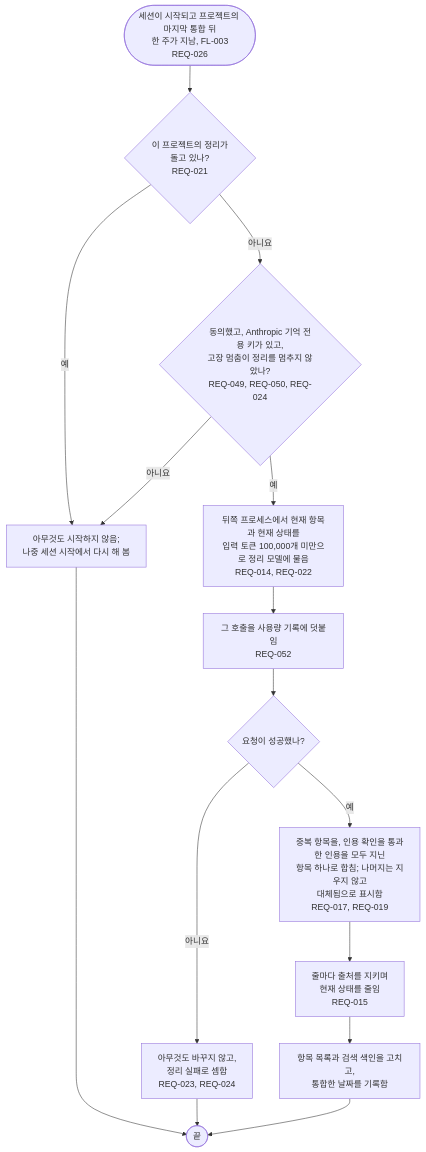
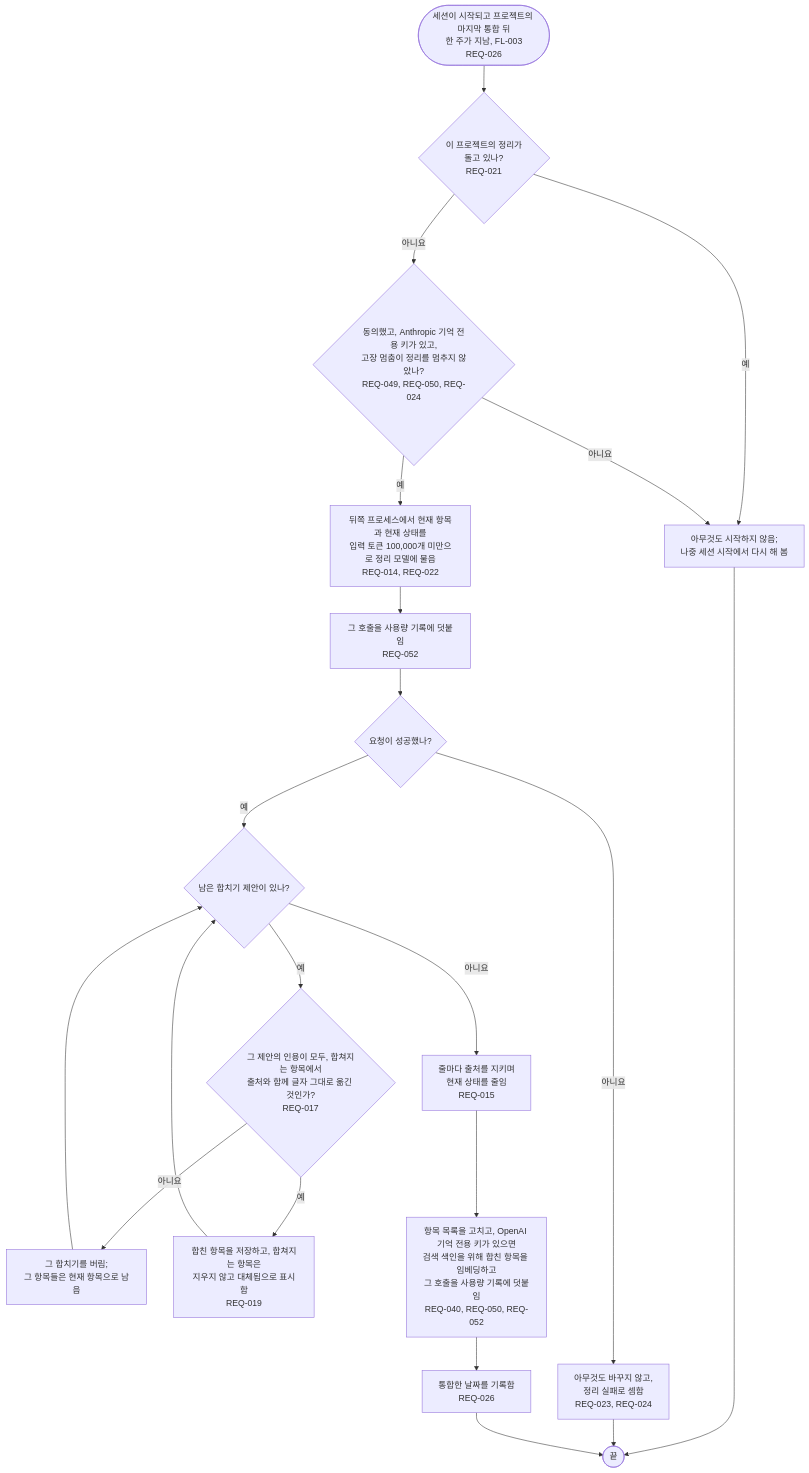
One commit to kodonghui/corthex changed the diagram in docs/03-user-flow/memory/FL-006-consolidate-a-project.ko.md. Above: the diagram before and after it, drawn with Mermaid. The commit also changed other lines of this file and 11 other files, not shown here.

First line of the commit message:
docs: log embedding calls and keep checked quotes in the memory flows

````diff
--- a/docs/03-user-flow/memory/FL-006-consolidate-a-project.ko.md
+++ b/docs/03-user-flow/memory/FL-006-consolidate-a-project.ko.md
@@ -9,17 +9,23 @@
 ```mermaid
 flowchart TD
   A(["세션이 시작되고 프로젝트의 마지막 통합 뒤<br/>한 주가 지남, FL-003<br/>REQ-026"]) --> B{"이 프로젝트의 정리가<br/>돌고 있나?<br/>REQ-021"}
   B -->|예| B1["아무것도 시작하지 않음;<br/>나중 세션 시작에서 다시 해 봄"]
   B1 --> Z(["끝"])
   B -->|아니요| C{"동의했고, Anthropic 기억 전용 키가 있고,<br/>고장 멈춤이 정리를 멈추지 않았나?<br/>REQ-049, REQ-050, REQ-024"}
   C -->|아니요| B1
   C -->|예| D["뒤쪽 프로세스에서 현재 항목과 현재 상태를<br/>입력 토큰 100,000개 미만으로 정리 모델에 물음<br/>REQ-014, REQ-022"]
   D --> E["그 호출을 사용량 기록에 덧붙임<br/>REQ-052"]
   E --> F{"요청이 성공했나?"}
   F -->|아니요| F1["아무것도 바꾸지 않고,<br/>정리 실패로 셈함<br/>REQ-023, REQ-024"]
   F1 --> Z
-  F -->|예| G["중복 항목을, 인용 확인을 통과한 인용을 모두 지닌<br/>항목 하나로 합침; 나머지는 지우지 않고<br/>대체됨으로 표시함<br/>REQ-017, REQ-019"]
-  G --> H["줄마다 출처를 지키며<br/>현재 상태를 줄임<br/>REQ-015"]
-  H --> I["항목 목록과 검색 색인을 고치고,<br/>통합한 날짜를 기록함"]
-  I --> Z
+  F -->|예| M{"남은 합치기 제안이 있나?"}
+  M -->|예| G{"그 제안의 인용이 모두, 합쳐지는 항목에서<br/>출처와 함께 글자 그대로 옮긴 것인가?<br/>REQ-017"}
+  G -->|아니요| G1["그 합치기를 버림;<br/>그 항목들은 현재 항목으로 남음"]
+  G1 --> M
+  G -->|예| G2["합친 항목을 저장하고, 합쳐지는 항목은<br/>지우지 않고 대체됨으로 표시함<br/>REQ-019"]
+  G2 --> M
+  M -->|아니요| H["줄마다 출처를 지키며<br/>현재 상태를 줄임<br/>REQ-015"]
+  H --> I["항목 목록을 고치고, OpenAI 기억 전용 키가 있으면<br/>검색 색인을 위해 합친 항목을 임베딩하고<br/>그 호출을 사용량 기록에 덧붙임<br/>REQ-040, REQ-050, REQ-052"]
+  I --> K["통합한 날짜를 기록함<br/>REQ-026"]
+  K --> Z
 ```
````
